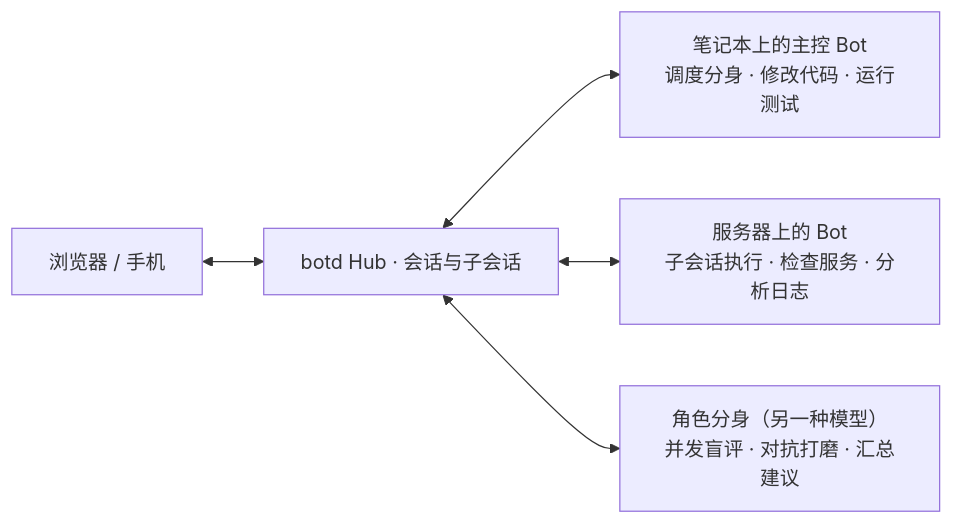
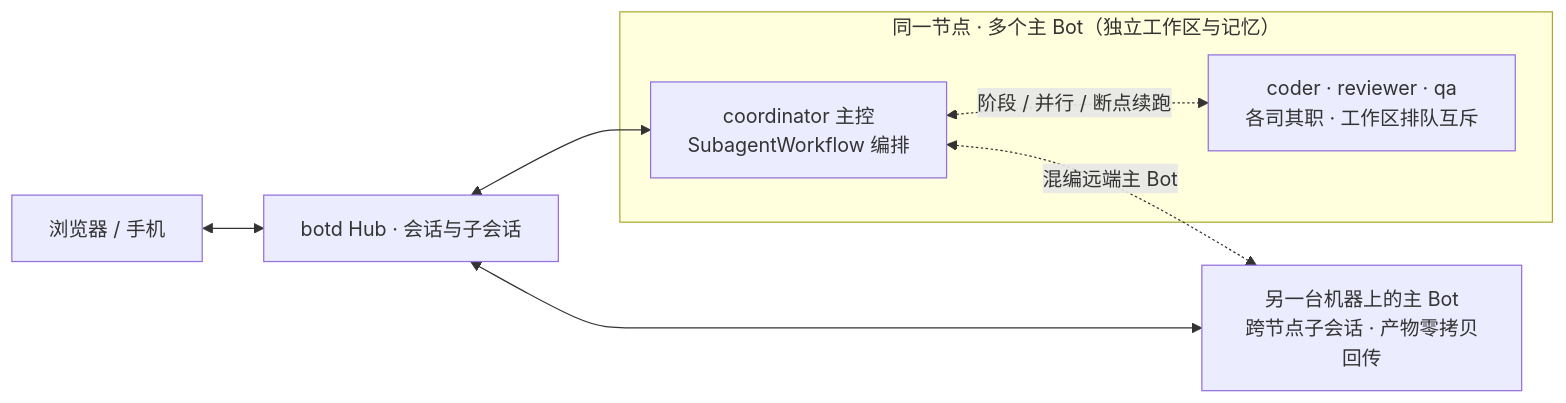
The diagram in README.md (team4u/botd), drawn with Mermaid before and after one commit. The commit also changed other lines of this file and 1 other file, not shown here.

````diff
--- a/README.md
+++ b/README.md
@@ -35,7 +35,12 @@
 ```mermaid
 flowchart LR
     U["浏览器 / 手机"] <--> H["botd Hub · 会话与子会话"]
-    H <--> A["笔记本上的主控 Bot<br/>调度分身 · 修改代码 · 运行测试"]
-    H <--> B["服务器上的 Bot<br/>子会话执行 · 检查服务 · 分析日志"]
-    H <--> C["角色分身（另一种模型）<br/>并发盲评 · 对抗打磨 · 汇总建议"]
+    subgraph SN["同一节点 · 多个主 Bot（独立工作区与记忆）"]
+        CO["coordinator 主控<br/>SubagentWorkflow 编排"]
+        CB["coder · reviewer · qa<br/>各司其职 · 工作区排队互斥"]
+    end
+    H <--> CO
+    CO <-. "阶段 / 并行 / 断点续跑" .-> CB
+    H <--> RN["另一台机器上的主 Bot<br/>跨节点子会话 · 产物零拷贝回传"]
+    CO <-. "混编远端主 Bot" .-> RN
 ```
````
